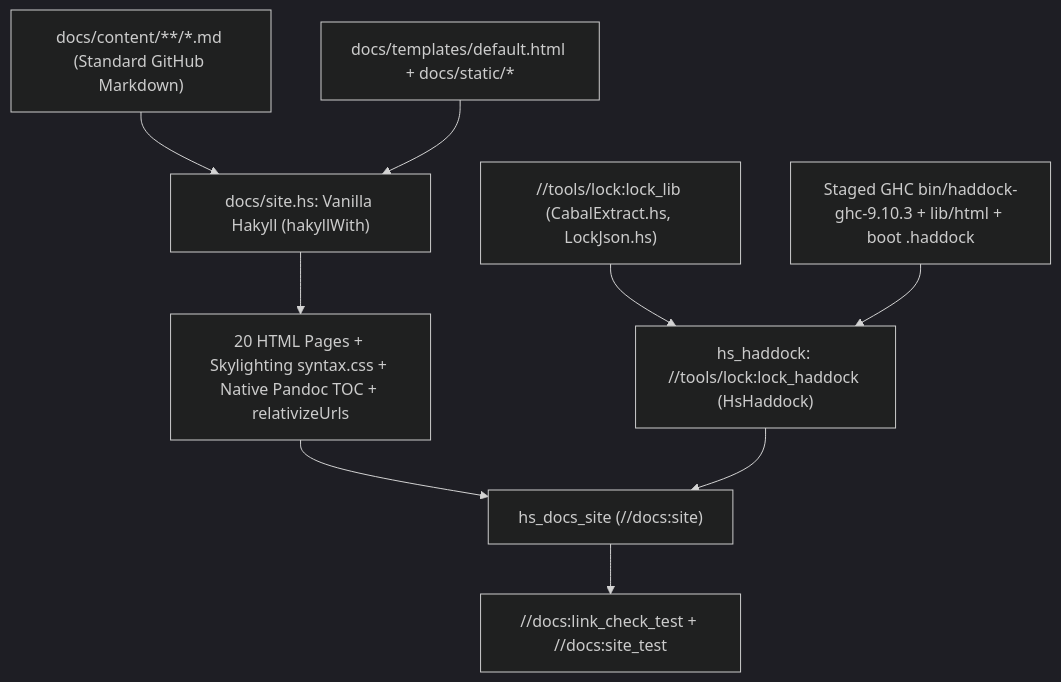
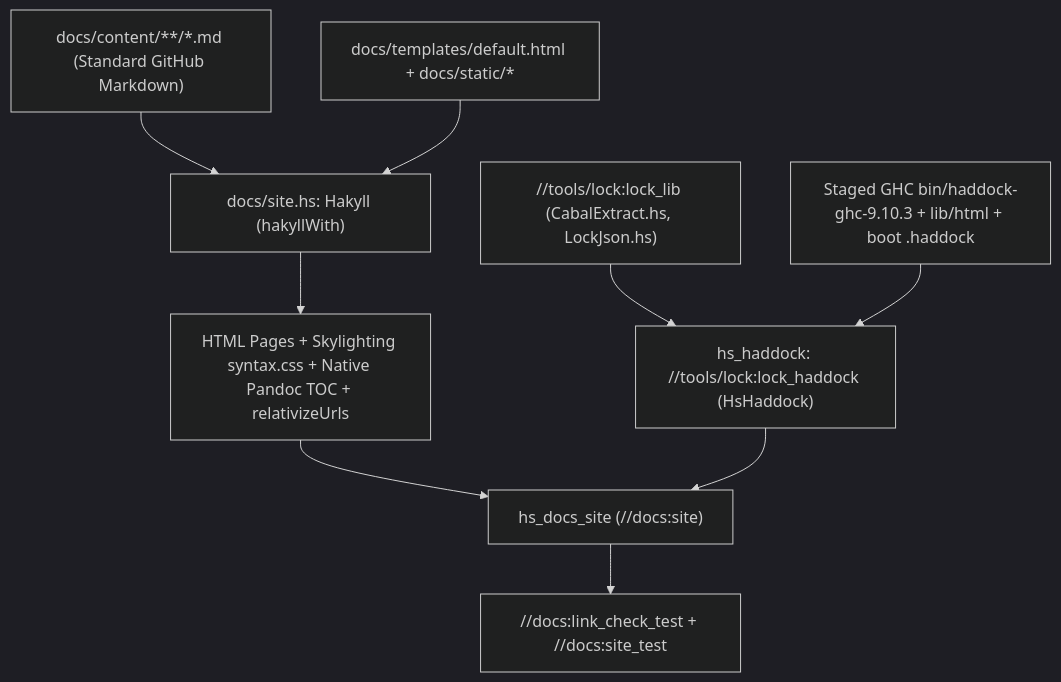
Before and after one commit to kaycebasques/hs: the diagram in docs/content/internals/docs-engine.md, drawn with Mermaid (dark theme). The commit also changed other lines of this file and 4 other files, not shown here.

````diff
--- a/docs/content/internals/docs-engine.md
+++ b/docs/content/internals/docs-engine.md
@@ -47,11 +47,11 @@
 ```mermaid
 flowchart TD
-    MD["docs/content/**/*.md (Standard GitHub Markdown)"] --> HAK["docs/site.hs: Vanilla Hakyll (hakyllWith)"]
+    MD["docs/content/**/*.md (Standard GitHub Markdown)"] --> HAK["docs/site.hs: Hakyll (hakyllWith)"]
     TPL["docs/templates/default.html + docs/static/*"] --> HAK
-    HAK --> HTML["20 HTML Pages + Skylighting syntax.css + Native Pandoc TOC + relativizeUrls"]
+    HAK --> HTML["HTML Pages + Skylighting syntax.css + Native Pandoc TOC + relativizeUrls"]
     LOCK["//tools/lock:lock_lib (CabalExtract.hs, LockJson.hs)"] --> HAD["hs_haddock: //tools/lock:lock_haddock (HsHaddock)"]
     GHC["Staged GHC bin/haddock-ghc-9.10.3 + lib/html + boot .haddock"] --> HAD
     HTML --> SITE["hs_docs_site (//docs:site)"]
     HAD --> SITE
     SITE --> CHECK["//docs:link_check_test + //docs:site_test"]
 ```
````
